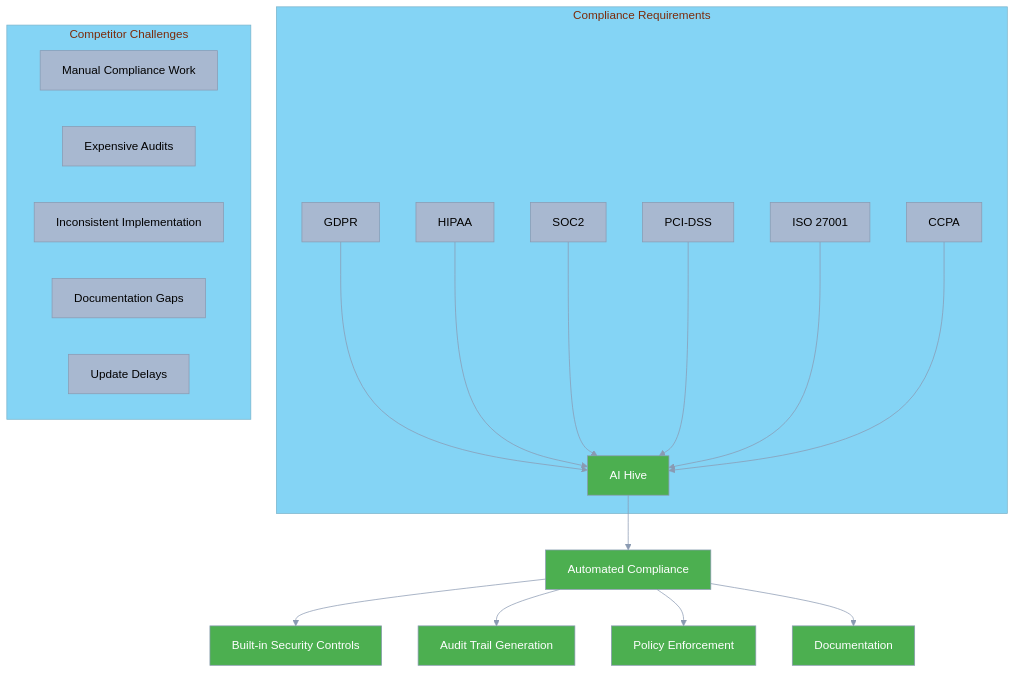
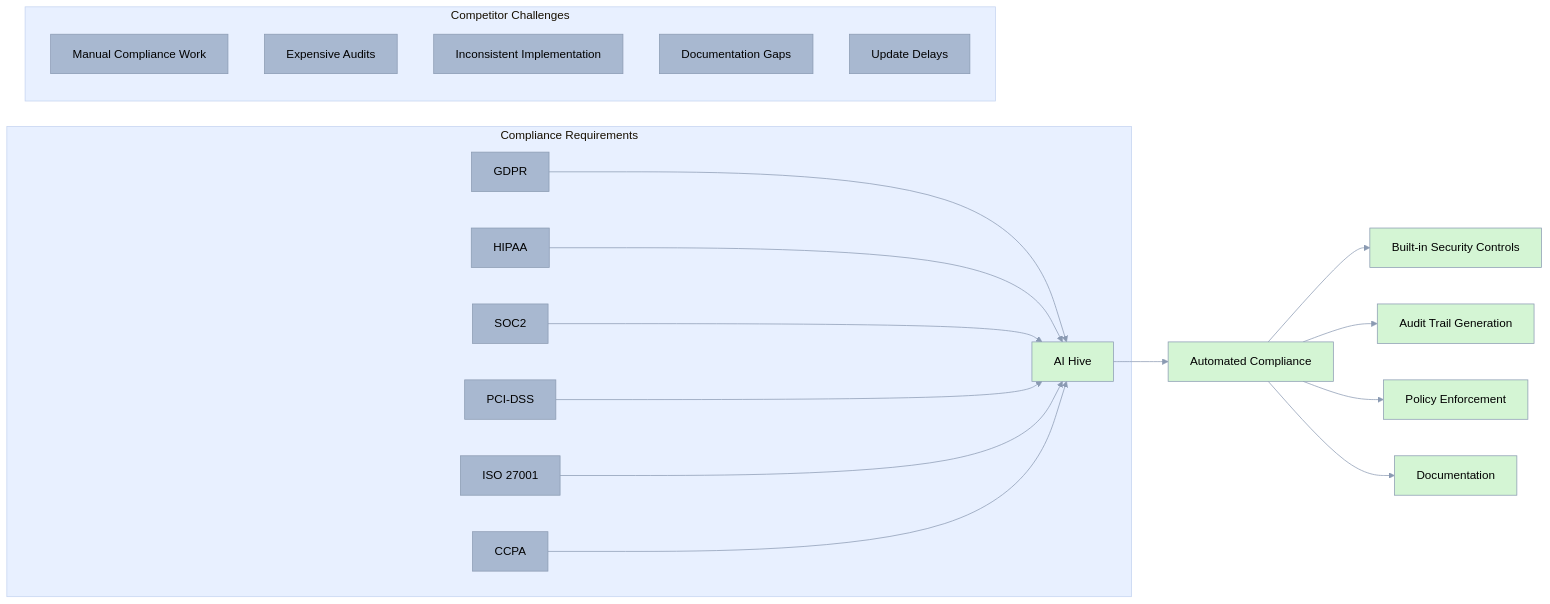
One commit to o2alexanderfedin/AI-Hive-Business-Docs changed the fifth of 10 diagrams in business-documents/competitive-positioning/04-feature-comparison.md. Above: the diagram before and after it, drawn with Mermaid. The commit also changed other lines of this file and 3 other files, not shown here.

````diff
--- a/business-documents/competitive-positioning/04-feature-comparison.md
+++ b/business-documents/competitive-positioning/04-feature-comparison.md
@@ -364,44 +401,44 @@
 ```mermaid
 %%{init: {
   'theme': 'base',
   'themeVariables': {
     'primaryColor': '#A8B8D0',
     'primaryTextColor': '#000000',
     'primaryBorderColor': '#8A9AB2',
     'lineColor': '#8A9AB2',
-    'secondaryColor': '#5DBCB6',
-    'tertiaryColor': '#84D4F5',
+    'secondaryColor': '#B8E0D8',
+    'tertiaryColor': '#E8F0FF',
     'background': '#F5F5F5'
   }
 }}%%
-graph TD
+graph LR
     subgraph "Compliance Requirements"
         A[GDPR] --> E[AI Hive]
         B[HIPAA] --> E
         C[SOC2] --> E
         D[PCI-DSS] --> E
         F[ISO 27001] --> E
         G[CCPA] --> E
     end
 
     E --> H[Automated Compliance]
     H --> I[Built-in Security Controls]
     H --> J[Audit Trail Generation]
     H --> K[Policy Enforcement]
     H --> L[Documentation]
 
     subgraph "Competitor Challenges"
         M[Manual Compliance Work]
         N[Expensive Audits]
         O[Inconsistent Implementation]
         P[Documentation Gaps]
         Q[Update Delays]
     end
 
-    style E fill:#4CAF50,color:#fff
-    style H fill:#4CAF50,color:#fff
-    style I fill:#4CAF50,color:#fff
-    style J fill:#4CAF50,color:#fff
-    style K fill:#4CAF50,color:#fff
-    style L fill:#4CAF50,color:#fff
+    style E fill:#D4F5D4,color:#000
+    style H fill:#D4F5D4,color:#000
+    style I fill:#D4F5D4,color:#000
+    style J fill:#D4F5D4,color:#000
+    style K fill:#D4F5D4,color:#000
+    style L fill:#D4F5D4,color:#000
 ```
````
